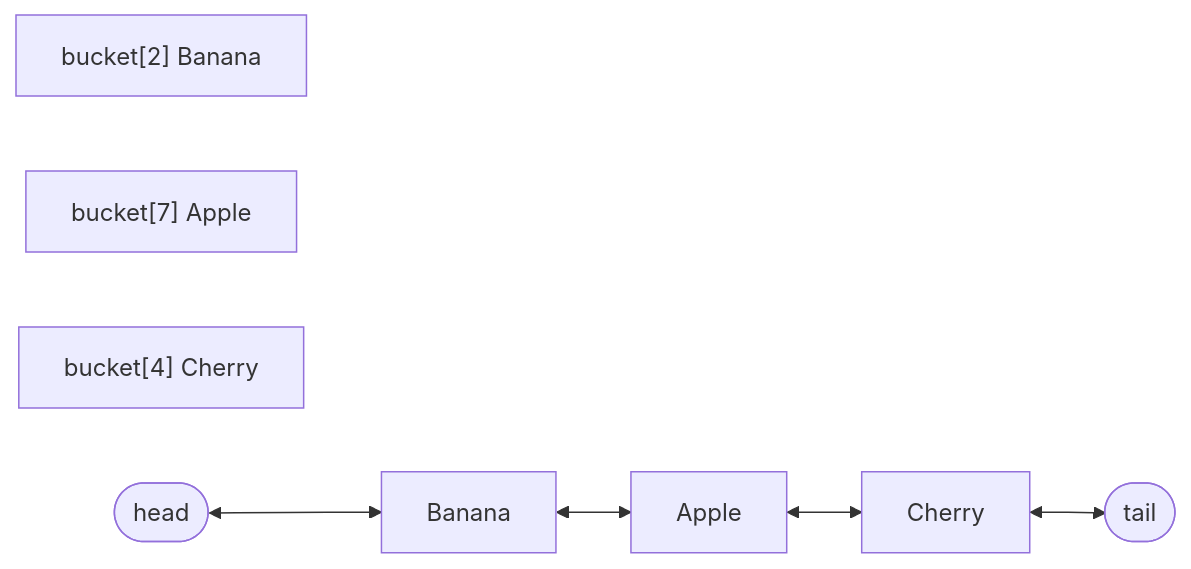
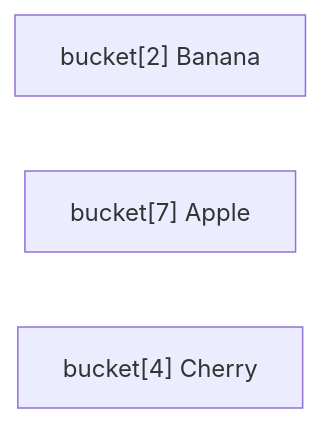
The seventh of 17 diagrams in _posts/java/2026-05-01-java-collections.md (yjkim2015/yjkim2015.github.io), drawn with Mermaid before and after one commit. The commit also changed other lines of this file and 132 other files, not shown here.

First line of the commit message:
Mermaid 다이어그램 가독성 정리: 단순 제거, 노드 축소, TD→LR 변환

````diff
--- a/_posts/java/2026-05-01-java-collections.md
+++ b/_posts/java/2026-05-01-java-collections.md
@@ -327,7 +318,6 @@
 ```mermaid
 graph LR
     B2["bucket[2] Banana"]
     B7["bucket[7] Apple"]
     B4["bucket[4] Cherry"]
-    H(["head"]) <--> BN["Banana"] <--> AP["Apple"] <--> CH["Cherry"] <--> T(["tail"])
 ```
````
